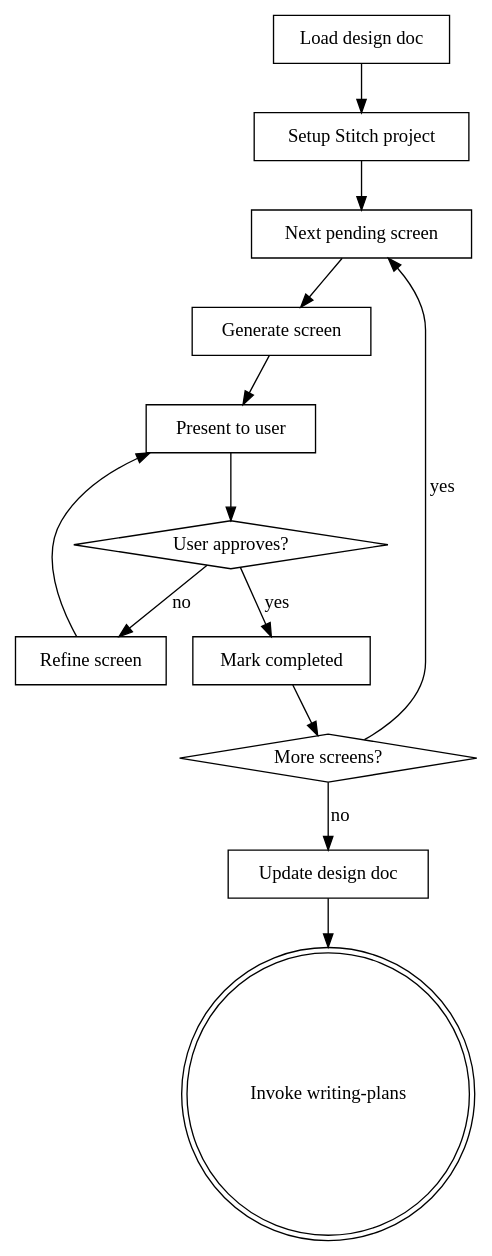
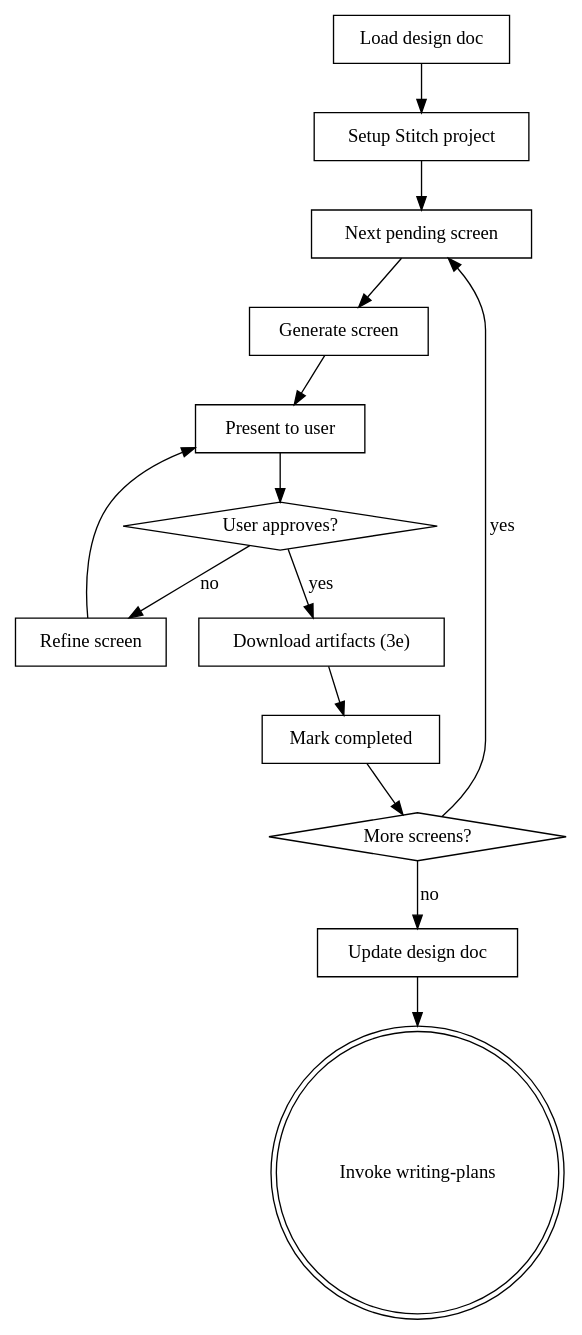
Before and after one commit to Kodria/awm-baseline-registry: the diagram in skills/ui-design/SKILL.md, drawn with Graphviz. The commit also changed other lines of this file and 60 other files, not shown here.

````diff
--- a/skills/ui-design/SKILL.md
+++ b/skills/ui-design/SKILL.md
@@ -31,28 +31,30 @@
 ```dot
 digraph ui_design {
     "Load design doc" [shape=box];
     "Setup Stitch project" [shape=box];
     "Next pending screen" [shape=box];
     "Generate screen" [shape=box];
     "Present to user" [shape=box];
     "User approves?" [shape=diamond];
     "Refine screen" [shape=box];
+    "Download artifacts (3e)" [shape=box];
     "Mark completed" [shape=box];
     "More screens?" [shape=diamond];
     "Update design doc" [shape=box];
     "Invoke writing-plans" [shape=doublecircle];
 
     "Load design doc" -> "Setup Stitch project";
     "Setup Stitch project" -> "Next pending screen";
     "Next pending screen" -> "Generate screen";
     "Generate screen" -> "Present to user";
     "Present to user" -> "User approves?";
     "User approves?" -> "Refine screen" [label="no"];
     "Refine screen" -> "Present to user";
-    "User approves?" -> "Mark completed" [label="yes"];
+    "User approves?" -> "Download artifacts (3e)" [label="yes"];
+    "Download artifacts (3e)" -> "Mark completed";
     "Mark completed" -> "More screens?";
     "More screens?" -> "Next pending screen" [label="yes"];
     "More screens?" -> "Update design doc" [label="no"];
     "Update design doc" -> "Invoke writing-plans";
 }
 ```
````
